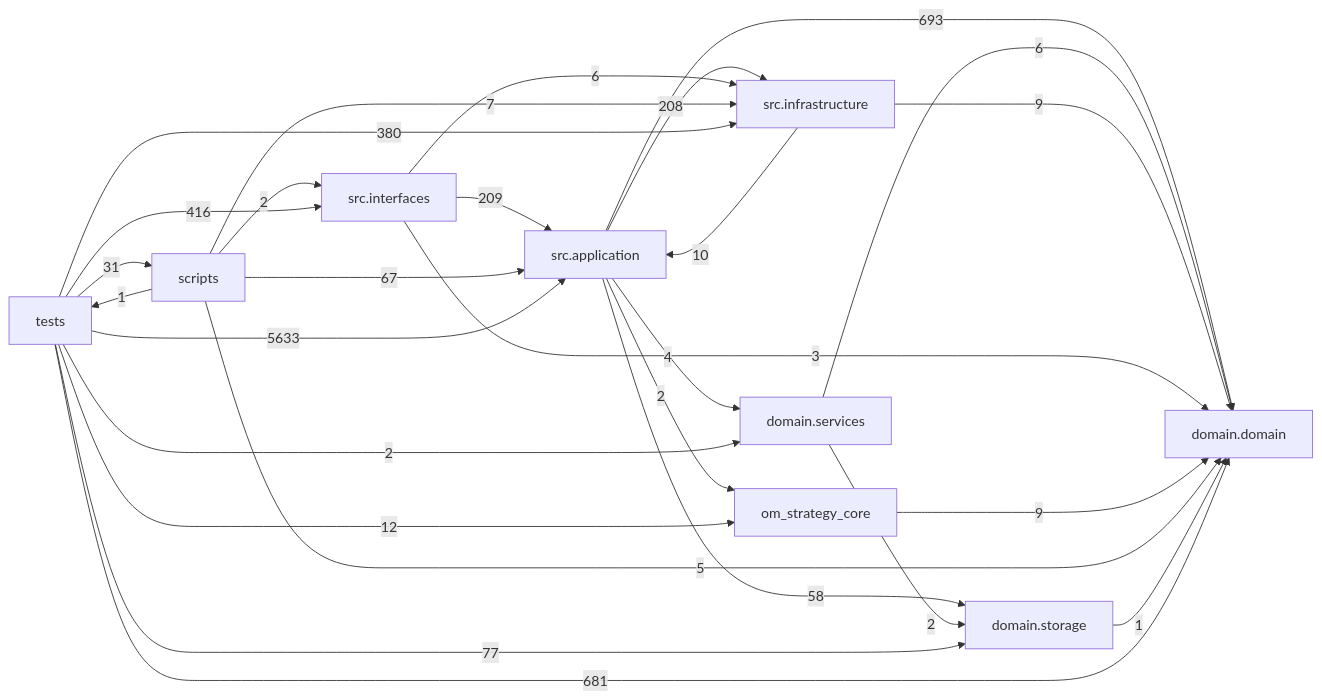
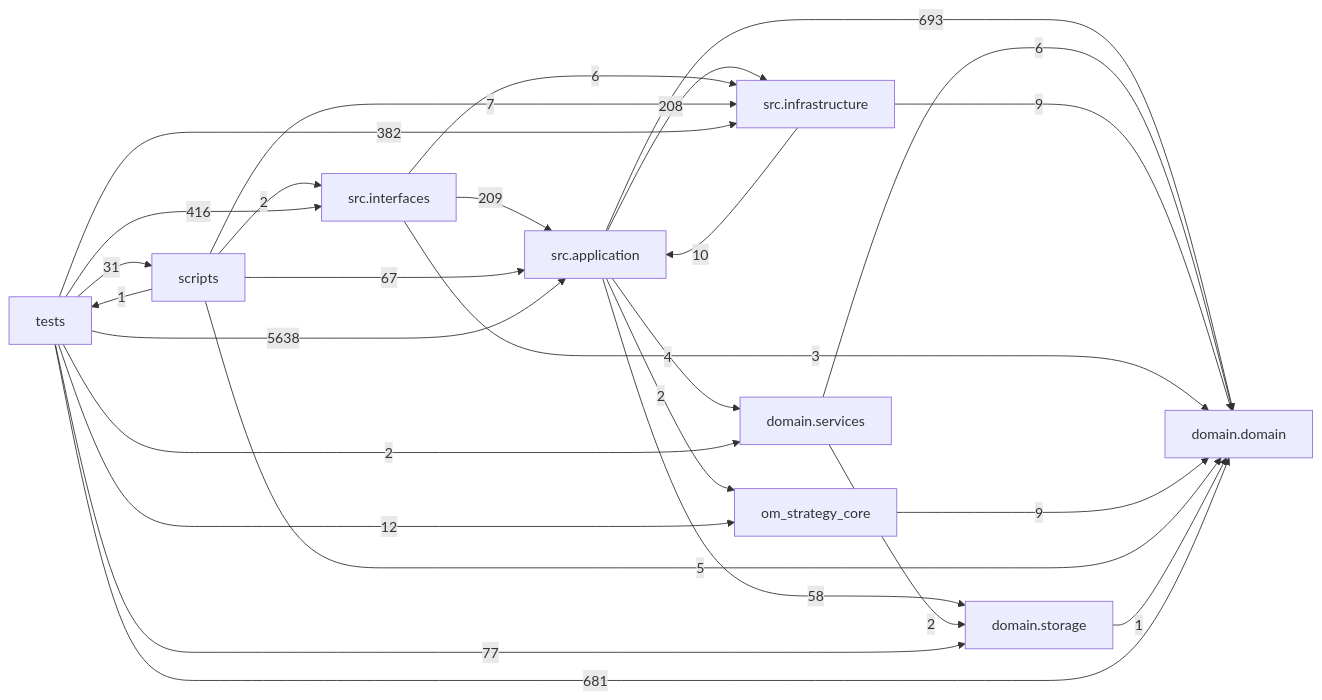
The diagram in docs/DEPENDENCY_GRAPH.md (liuxie066/options-monitor), drawn with Mermaid before and after one commit. The commit also changed other lines of this file and 17 other files, not shown here.

````diff
--- a/docs/DEPENDENCY_GRAPH.md
+++ b/docs/DEPENDENCY_GRAPH.md
@@ -24,38 +24,38 @@
 ```mermaid
 flowchart LR
   tests["tests"]
   scripts["scripts"]
   interfaces["src.interfaces"]
   application["src.application"]
   infrastructure["src.infrastructure"]
   domain_services["domain.services"]
   domain["domain.domain"]
   storage["domain.storage"]
   application -->|693| domain
   application -->|4| domain_services
   application -->|208| infrastructure
   application -->|2| om_strategy_core
   application -->|58| storage
   domain_services -->|6| domain
   domain_services -->|2| storage
   infrastructure -->|10| application
   infrastructure -->|9| domain
   interfaces -->|209| application
   interfaces -->|3| domain
   interfaces -->|6| infrastructure
   om_strategy_core -->|9| domain
   scripts -->|67| application
   scripts -->|5| domain
   scripts -->|7| infrastructure
   scripts -->|2| interfaces
   scripts -->|1| tests
   storage -->|1| domain
-  tests -->|5633| application
+  tests -->|5638| application
   tests -->|681| domain
   tests -->|2| domain_services
-  tests -->|380| infrastructure
+  tests -->|382| infrastructure
   tests -->|416| interfaces
   tests -->|12| om_strategy_core
   tests -->|31| scripts
   tests -->|77| storage
 ```
````
